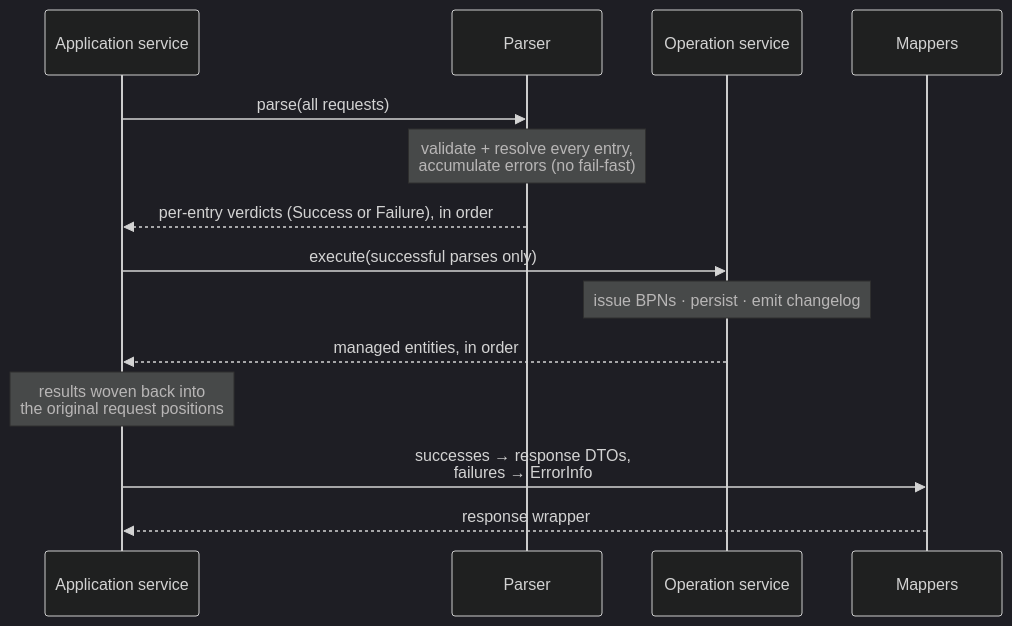
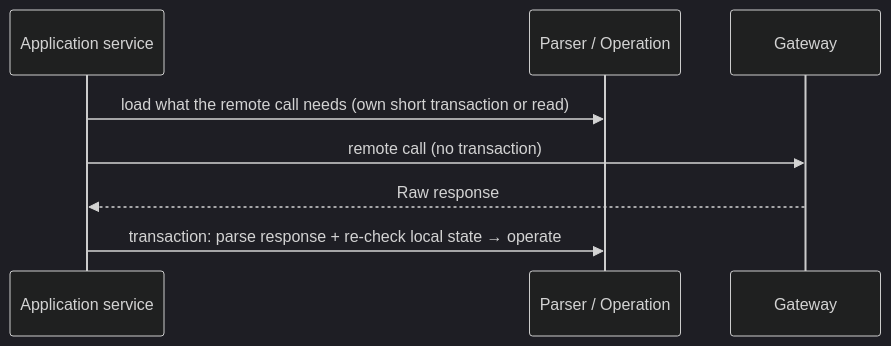
The third of 6 diagrams in docs/developer/application-code-guide.md (eclipse-tractusx/bpdm), drawn with Mermaid (dark theme) before and after one commit. The commit also changed other lines of this file and 626 other files, not shown here.

````diff
--- a/docs/developer/application-code-guide.md
+++ b/docs/developer/application-code-guide.md
@@ -117,17 +76,10 @@
 ```mermaid
 sequenceDiagram
     participant App as Application service
-    participant Parser as Parser
-    participant Op as Operation service
-    participant Map as Mappers
-
-    App->>Parser: parse(all requests)
-    Note over Parser: validate + resolve every entry,<br/>accumulate errors (no fail-fast)
-    Parser-->>App: per-entry verdicts (Success or Failure), in order
-    App->>Op: execute(successful parses only)
-    Note over Op: issue BPNs · persist · emit changelog
-    Op-->>App: managed entities, in order
-    Note over App: results woven back into<br/>the original request positions
-    App->>Map: successes → response DTOs,<br/>failures → ErrorInfo
-    Map-->>App: response wrapper
+    participant Op as Parser / Operation
+    participant GW as Gateway
+    App->>Op: load what the remote call needs (own short transaction or read)
+    App->>GW: remote call (no transaction)
+    GW-->>App: Raw response
+    App->>Op: transaction: parse response + re-check local state → operate
 ```
````
